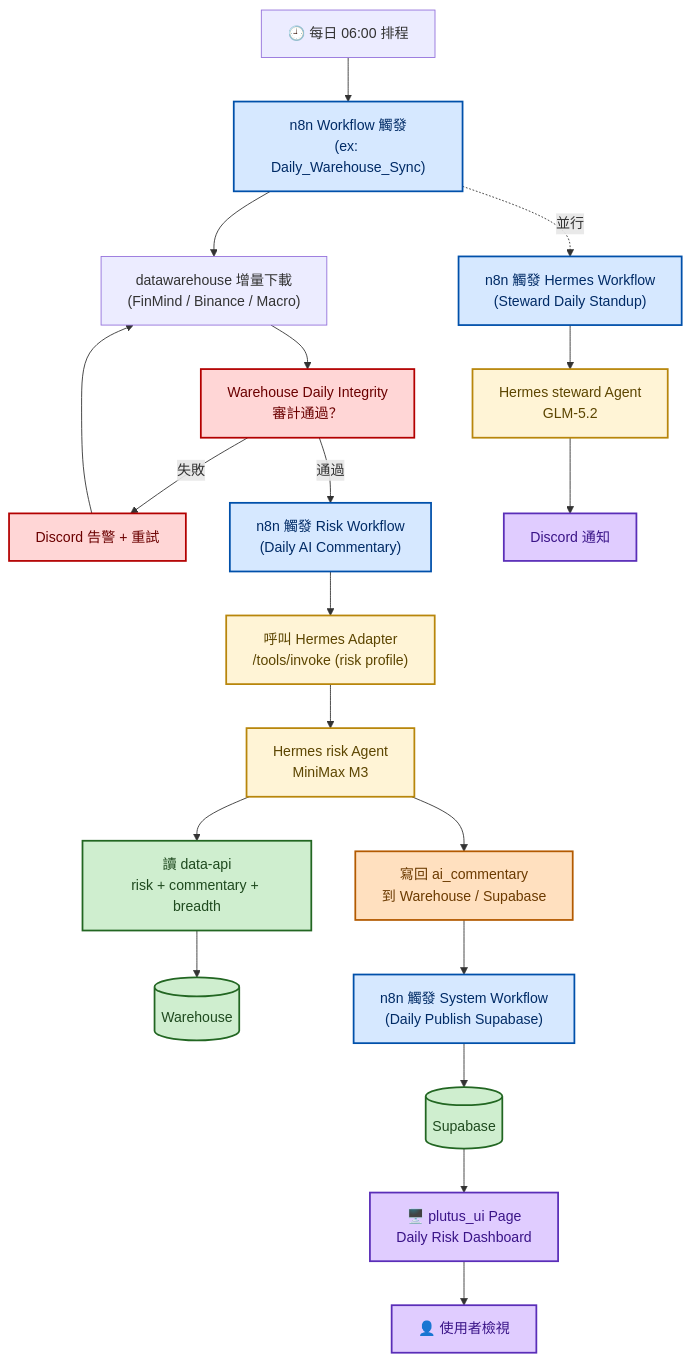
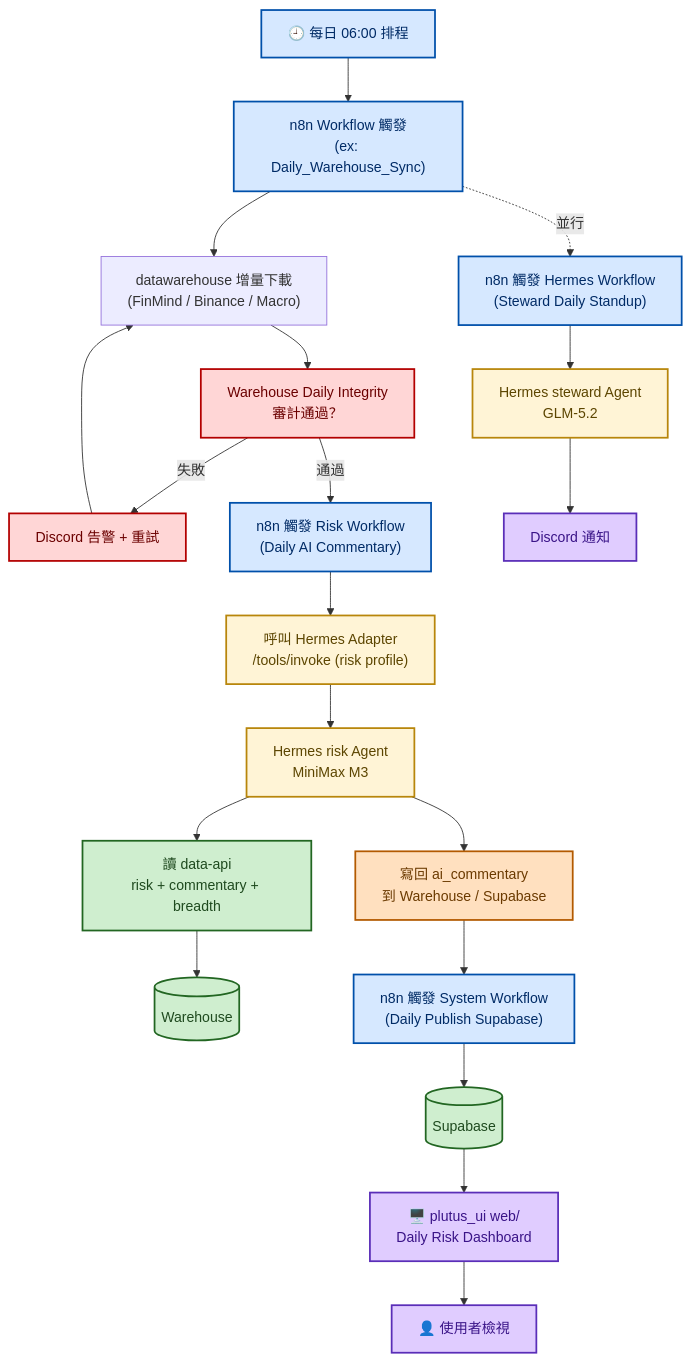
The sixth of 6 diagrams in flowcharts/services.md (Jang-jhih/quant-interview-prep), drawn with Mermaid before and after one commit. The commit also changed other lines of this file and 18 other files, not shown here.

````diff
--- a/flowcharts/services.md
+++ b/flowcharts/services.md
@@ -335,40 +423,40 @@
 ```mermaid
 %%{init: {'theme':'base', 'themeVariables': {'primaryColor':'#ececec','primaryTextColor':'#1a1a1a','primaryBorderColor':'#555555','lineColor':'#555555','secondaryColor':'#e0e0e0','tertiaryColor':'#f0f0f0','fontFamily':'"Noto Sans TC", "Microsoft JhengHei", sans-serif'}}}%%
 flowchart TD
     CRON["🕘 每日 06:00 排程"] --> WF1["n8n Workflow 觸發<br/>(ex: Daily_Warehouse_Sync)"]
     WF1 --> WAREHOUSE_OP["datawarehouse 增量下載<br/>(FinMind / Binance / Macro)"]
     WAREHOUSE_OP --> AUDIT["Warehouse Daily Integrity<br/>審計通過？"]
 
     AUDIT -- "失敗" --> WARN["Discord 告警 + 重試"]
     WARN --> WAREHOUSE_OP
 
     AUDIT -- "通過" --> WF2["n8n 觸發 Risk Workflow<br/>(Daily AI Commentary)"]
     WF2 --> ADAPTER["呼叫 Hermes Adapter<br/>/tools/invoke (risk profile)"]
     ADAPTER --> RISK_AGENT["Hermes risk Agent<br/>MiniMax M3"]
     RISK_AGENT --> DATAAPI["讀 data-api<br/>risk + commentary + breadth"]
     DATAAPI --> WAREHOUSE[("Warehouse")]
 
     RISK_AGENT --> WRITE["寫回 ai_commentary<br/>到 Warehouse / Supabase"]
     WRITE --> WF3["n8n 觸發 System Workflow<br/>(Daily Publish Supabase)"]
     WF3 --> SUPABASE[("Supabase")]
 
-    SUPABASE --> UI["🖥️ plutus_ui Page<br/>Daily Risk Dashboard"]
+    SUPABASE --> UI["🖥️ plutus_ui web/<br/>Daily Risk Dashboard"]
     UI --> USER["👤 使用者檢視"]
 
     WF1 -.並行.-> HERMES_WF["n8n 觸發 Hermes Workflow<br/>(Steward Daily Standup)"]
     HERMES_WF --> STEWARD_AGENT["Hermes steward Agent<br/>GLM-5.2"]
     STEWARD_AGENT --> NOTIFY["Discord 通知"]
 
     classDef highlight fill:#fff4d6,stroke:#b8860b,stroke-width:2px,color:#5c4500;
     classDef loop fill:#d6e8ff,stroke:#0050aa,stroke-width:2px,color:#002b66;
     classDef eval fill:#ffd6d6,stroke:#b30000,stroke-width:2px,color:#6b0000;
     classDef finlab fill:#cfeecf,stroke:#226622,stroke-width:2px,color:#1f4a1f;
     classDef baseline fill:#e0ccff,stroke:#5a2eb8,stroke-width:2px,color:#3a1488;
     classDef branch fill:#ffe0bf,stroke:#b35a00,stroke-width:2px,color:#6b3a00;
-    class CRAN,WF1,WF2,WF3,HERMES_WF loop;
+    class CRON,WF1,WF2,WF3,HERMES_WF loop;
     class ADAPTER,RISK_AGENT,STEWARD_AGENT highlight;
     class DATAAPI,WAREHOUSE,SUPABASE finlab;
     class AUDIT,WARN eval;
     class UI,USER,NOTIFY baseline;
     class WRITE branch;
 ```
````
